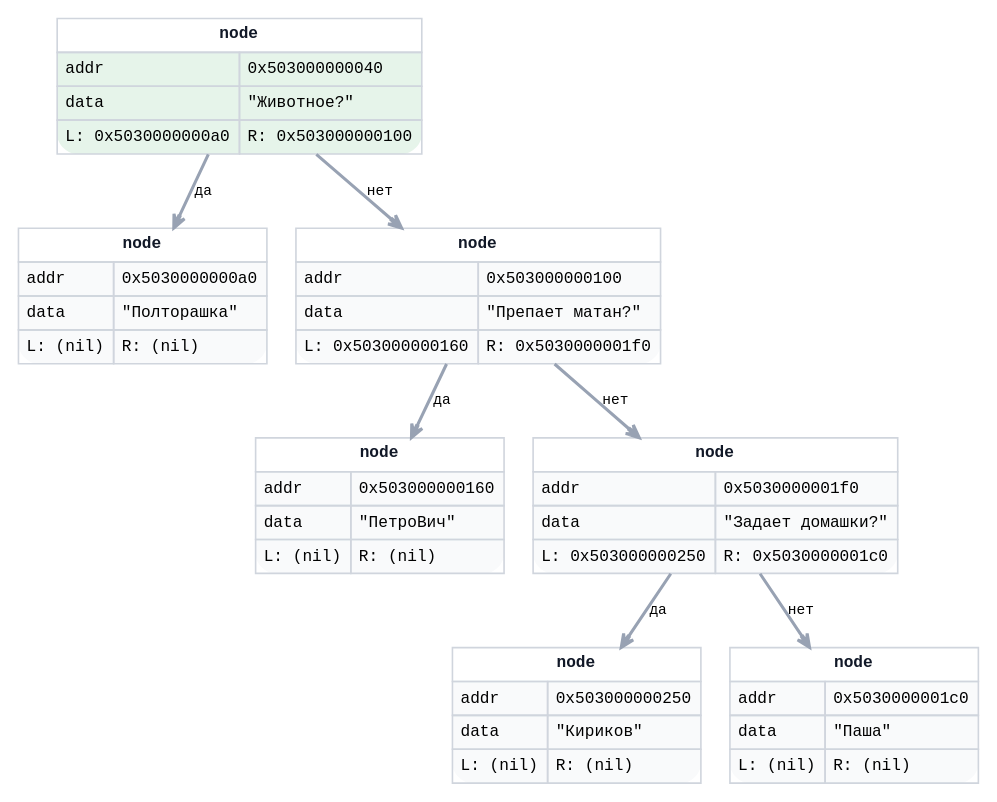
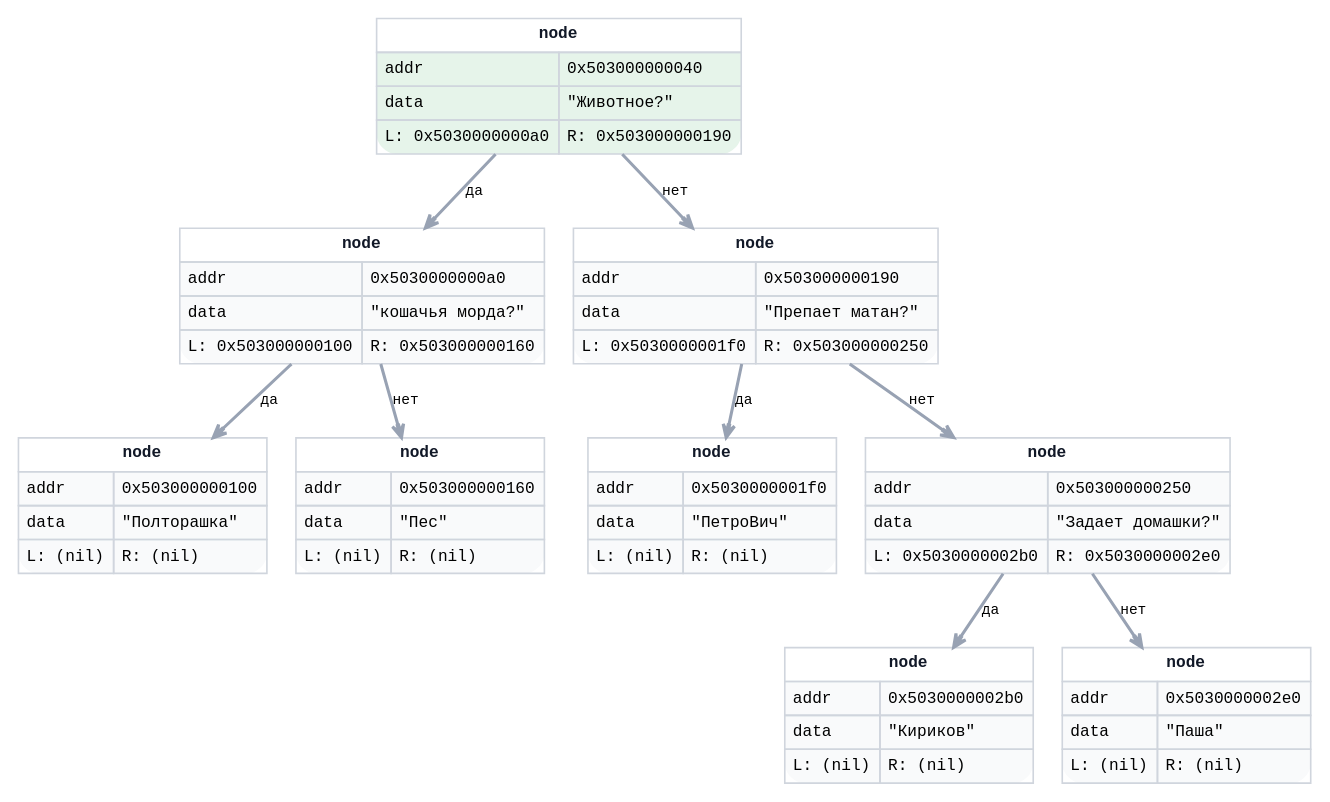
One commit to matlire/Akinator changed the diagram in temp/graph.dot. Above: the diagram before and after it, drawn with Graphviz. The commit also changed 10 other files, not shown here.

```diff
--- a/temp/graph.dot
+++ b/temp/graph.dot
@@ -1,23 +1,27 @@
 digraph G {
 rankdir=TB;
 bgcolor="white";
 labelloc=t;
 labeljust=l;
 fontname="monospace";
 fontsize=18;
 node  [shape=box, style="rounded,filled", color="#475467", fillcolor="#F9FAFB", fontname="monospace", fontsize=10];
 edge  [color="#98A2B3", penwidth=1.7, arrowsize=0.8, arrowhead=vee, fontname="monospace", fontsize=9];
-n0 [shape=plain, color="#16A34A", fillcolor="#E6F4EA", penwidth=2.0, label=<<TABLE BORDER="0" CELLBORDER="1" CELLSPACING="0" CELLPADDING="4" COLOR="#D0D5DD"><TR><TD COLSPAN="2" BGCOLOR="#FFFFFF"><B><FONT COLOR="#111827">node</FONT></B></TD></TR><TR><TD ALIGN="LEFT">addr</TD><TD ALIGN="LEFT">0x503000000040</TD></TR><TR><TD ALIGN="LEFT">data</TD><TD ALIGN="LEFT">"Животное?"</TD></TR><TR><TD PORT="L" ALIGN="LEFT">L: 0x5030000000a0</TD><TD PORT="R" ALIGN="LEFT">R: 0x503000000100</TD></TR></TABLE>>];
-n1 [shape=plain, color="#475467", fillcolor="#F9FAFB", penwidth=2.0, label=<<TABLE BORDER="0" CELLBORDER="1" CELLSPACING="0" CELLPADDING="4" COLOR="#D0D5DD"><TR><TD COLSPAN="2" BGCOLOR="#FFFFFF"><B><FONT COLOR="#111827">node</FONT></B></TD></TR><TR><TD ALIGN="LEFT">addr</TD><TD ALIGN="LEFT">0x5030000000a0</TD></TR><TR><TD ALIGN="LEFT">data</TD><TD ALIGN="LEFT">"Полторашка"</TD></TR><TR><TD PORT="L" ALIGN="LEFT">L: (nil)</TD><TD PORT="R" ALIGN="LEFT">R: (nil)</TD></TR></TABLE>>];
-n2 [shape=plain, color="#475467", fillcolor="#F9FAFB", penwidth=2.0, label=<<TABLE BORDER="0" CELLBORDER="1" CELLSPACING="0" CELLPADDING="4" COLOR="#D0D5DD"><TR><TD COLSPAN="2" BGCOLOR="#FFFFFF"><B><FONT COLOR="#111827">node</FONT></B></TD></TR><TR><TD ALIGN="LEFT">addr</TD><TD ALIGN="LEFT">0x503000000100</TD></TR><TR><TD ALIGN="LEFT">data</TD><TD ALIGN="LEFT">"Препает матан?"</TD></TR><TR><TD PORT="L" ALIGN="LEFT">L: 0x503000000160</TD><TD PORT="R" ALIGN="LEFT">R: 0x5030000001f0</TD></TR></TABLE>>];
-n3 [shape=plain, color="#475467", fillcolor="#F9FAFB", penwidth=2.0, label=<<TABLE BORDER="0" CELLBORDER="1" CELLSPACING="0" CELLPADDING="4" COLOR="#D0D5DD"><TR><TD COLSPAN="2" BGCOLOR="#FFFFFF"><B><FONT COLOR="#111827">node</FONT></B></TD></TR><TR><TD ALIGN="LEFT">addr</TD><TD ALIGN="LEFT">0x503000000160</TD></TR><TR><TD ALIGN="LEFT">data</TD><TD ALIGN="LEFT">"ПетроВич"</TD></TR><TR><TD PORT="L" ALIGN="LEFT">L: (nil)</TD><TD PORT="R" ALIGN="LEFT">R: (nil)</TD></TR></TABLE>>];
-n4 [shape=plain, color="#475467", fillcolor="#F9FAFB", penwidth=2.0, label=<<TABLE BORDER="0" CELLBORDER="1" CELLSPACING="0" CELLPADDING="4" COLOR="#D0D5DD"><TR><TD COLSPAN="2" BGCOLOR="#FFFFFF"><B><FONT COLOR="#111827">node</FONT></B></TD></TR><TR><TD ALIGN="LEFT">addr</TD><TD ALIGN="LEFT">0x5030000001f0</TD></TR><TR><TD ALIGN="LEFT">data</TD><TD ALIGN="LEFT">"Задает домашки?"</TD></TR><TR><TD PORT="L" ALIGN="LEFT">L: 0x503000000250</TD><TD PORT="R" ALIGN="LEFT">R: 0x5030000001c0</TD></TR></TABLE>>];
-n5 [shape=plain, color="#475467", fillcolor="#F9FAFB", penwidth=2.0, label=<<TABLE BORDER="0" CELLBORDER="1" CELLSPACING="0" CELLPADDING="4" COLOR="#D0D5DD"><TR><TD COLSPAN="2" BGCOLOR="#FFFFFF"><B><FONT COLOR="#111827">node</FONT></B></TD></TR><TR><TD ALIGN="LEFT">addr</TD><TD ALIGN="LEFT">0x503000000250</TD></TR><TR><TD ALIGN="LEFT">data</TD><TD ALIGN="LEFT">"Кириков"</TD></TR><TR><TD PORT="L" ALIGN="LEFT">L: (nil)</TD><TD PORT="R" ALIGN="LEFT">R: (nil)</TD></TR></TABLE>>];
-n6 [shape=plain, color="#475467", fillcolor="#F9FAFB", penwidth=2.0, label=<<TABLE BORDER="0" CELLBORDER="1" CELLSPACING="0" CELLPADDING="4" COLOR="#D0D5DD"><TR><TD COLSPAN="2" BGCOLOR="#FFFFFF"><B><FONT COLOR="#111827">node</FONT></B></TD></TR><TR><TD ALIGN="LEFT">addr</TD><TD ALIGN="LEFT">0x5030000001c0</TD></TR><TR><TD ALIGN="LEFT">data</TD><TD ALIGN="LEFT">"Паша"</TD></TR><TR><TD PORT="L" ALIGN="LEFT">L: (nil)</TD><TD PORT="R" ALIGN="LEFT">R: (nil)</TD></TR></TABLE>>];
+n0 [shape=plain, color="#16A34A", fillcolor="#E6F4EA", penwidth=2.0, label=<<TABLE BORDER="0" CELLBORDER="1" CELLSPACING="0" CELLPADDING="4" COLOR="#D0D5DD"><TR><TD COLSPAN="2" BGCOLOR="#FFFFFF"><B><FONT COLOR="#111827">node</FONT></B></TD></TR><TR><TD ALIGN="LEFT">addr</TD><TD ALIGN="LEFT">0x503000000040</TD></TR><TR><TD ALIGN="LEFT">data</TD><TD ALIGN="LEFT">"Животное?"</TD></TR><TR><TD PORT="L" ALIGN="LEFT">L: 0x5030000000a0</TD><TD PORT="R" ALIGN="LEFT">R: 0x503000000190</TD></TR></TABLE>>];
+n1 [shape=plain, color="#475467", fillcolor="#F9FAFB", penwidth=2.0, label=<<TABLE BORDER="0" CELLBORDER="1" CELLSPACING="0" CELLPADDING="4" COLOR="#D0D5DD"><TR><TD COLSPAN="2" BGCOLOR="#FFFFFF"><B><FONT COLOR="#111827">node</FONT></B></TD></TR><TR><TD ALIGN="LEFT">addr</TD><TD ALIGN="LEFT">0x5030000000a0</TD></TR><TR><TD ALIGN="LEFT">data</TD><TD ALIGN="LEFT">"кошачья морда?"</TD></TR><TR><TD PORT="L" ALIGN="LEFT">L: 0x503000000100</TD><TD PORT="R" ALIGN="LEFT">R: 0x503000000160</TD></TR></TABLE>>];
+n2 [shape=plain, color="#475467", fillcolor="#F9FAFB", penwidth=2.0, label=<<TABLE BORDER="0" CELLBORDER="1" CELLSPACING="0" CELLPADDING="4" COLOR="#D0D5DD"><TR><TD COLSPAN="2" BGCOLOR="#FFFFFF"><B><FONT COLOR="#111827">node</FONT></B></TD></TR><TR><TD ALIGN="LEFT">addr</TD><TD ALIGN="LEFT">0x503000000190</TD></TR><TR><TD ALIGN="LEFT">data</TD><TD ALIGN="LEFT">"Препает матан?"</TD></TR><TR><TD PORT="L" ALIGN="LEFT">L: 0x5030000001f0</TD><TD PORT="R" ALIGN="LEFT">R: 0x503000000250</TD></TR></TABLE>>];
+n3 [shape=plain, color="#475467", fillcolor="#F9FAFB", penwidth=2.0, label=<<TABLE BORDER="0" CELLBORDER="1" CELLSPACING="0" CELLPADDING="4" COLOR="#D0D5DD"><TR><TD COLSPAN="2" BGCOLOR="#FFFFFF"><B><FONT COLOR="#111827">node</FONT></B></TD></TR><TR><TD ALIGN="LEFT">addr</TD><TD ALIGN="LEFT">0x503000000100</TD></TR><TR><TD ALIGN="LEFT">data</TD><TD ALIGN="LEFT">"Полторашка"</TD></TR><TR><TD PORT="L" ALIGN="LEFT">L: (nil)</TD><TD PORT="R" ALIGN="LEFT">R: (nil)</TD></TR></TABLE>>];
+n4 [shape=plain, color="#475467", fillcolor="#F9FAFB", penwidth=2.0, label=<<TABLE BORDER="0" CELLBORDER="1" CELLSPACING="0" CELLPADDING="4" COLOR="#D0D5DD"><TR><TD COLSPAN="2" BGCOLOR="#FFFFFF"><B><FONT COLOR="#111827">node</FONT></B></TD></TR><TR><TD ALIGN="LEFT">addr</TD><TD ALIGN="LEFT">0x503000000160</TD></TR><TR><TD ALIGN="LEFT">data</TD><TD ALIGN="LEFT">"Пес"</TD></TR><TR><TD PORT="L" ALIGN="LEFT">L: (nil)</TD><TD PORT="R" ALIGN="LEFT">R: (nil)</TD></TR></TABLE>>];
+n5 [shape=plain, color="#475467", fillcolor="#F9FAFB", penwidth=2.0, label=<<TABLE BORDER="0" CELLBORDER="1" CELLSPACING="0" CELLPADDING="4" COLOR="#D0D5DD"><TR><TD COLSPAN="2" BGCOLOR="#FFFFFF"><B><FONT COLOR="#111827">node</FONT></B></TD></TR><TR><TD ALIGN="LEFT">addr</TD><TD ALIGN="LEFT">0x5030000001f0</TD></TR><TR><TD ALIGN="LEFT">data</TD><TD ALIGN="LEFT">"ПетроВич"</TD></TR><TR><TD PORT="L" ALIGN="LEFT">L: (nil)</TD><TD PORT="R" ALIGN="LEFT">R: (nil)</TD></TR></TABLE>>];
+n6 [shape=plain, color="#475467", fillcolor="#F9FAFB", penwidth=2.0, label=<<TABLE BORDER="0" CELLBORDER="1" CELLSPACING="0" CELLPADDING="4" COLOR="#D0D5DD"><TR><TD COLSPAN="2" BGCOLOR="#FFFFFF"><B><FONT COLOR="#111827">node</FONT></B></TD></TR><TR><TD ALIGN="LEFT">addr</TD><TD ALIGN="LEFT">0x503000000250</TD></TR><TR><TD ALIGN="LEFT">data</TD><TD ALIGN="LEFT">"Задает домашки?"</TD></TR><TR><TD PORT="L" ALIGN="LEFT">L: 0x5030000002b0</TD><TD PORT="R" ALIGN="LEFT">R: 0x5030000002e0</TD></TR></TABLE>>];
+n7 [shape=plain, color="#475467", fillcolor="#F9FAFB", penwidth=2.0, label=<<TABLE BORDER="0" CELLBORDER="1" CELLSPACING="0" CELLPADDING="4" COLOR="#D0D5DD"><TR><TD COLSPAN="2" BGCOLOR="#FFFFFF"><B><FONT COLOR="#111827">node</FONT></B></TD></TR><TR><TD ALIGN="LEFT">addr</TD><TD ALIGN="LEFT">0x5030000002b0</TD></TR><TR><TD ALIGN="LEFT">data</TD><TD ALIGN="LEFT">"Кириков"</TD></TR><TR><TD PORT="L" ALIGN="LEFT">L: (nil)</TD><TD PORT="R" ALIGN="LEFT">R: (nil)</TD></TR></TABLE>>];
+n8 [shape=plain, color="#475467", fillcolor="#F9FAFB", penwidth=2.0, label=<<TABLE BORDER="0" CELLBORDER="1" CELLSPACING="0" CELLPADDING="4" COLOR="#D0D5DD"><TR><TD COLSPAN="2" BGCOLOR="#FFFFFF"><B><FONT COLOR="#111827">node</FONT></B></TD></TR><TR><TD ALIGN="LEFT">addr</TD><TD ALIGN="LEFT">0x5030000002e0</TD></TR><TR><TD ALIGN="LEFT">data</TD><TD ALIGN="LEFT">"Паша"</TD></TR><TR><TD PORT="L" ALIGN="LEFT">L: (nil)</TD><TD PORT="R" ALIGN="LEFT">R: (nil)</TD></TR></TABLE>>];
 n0 -> n1 [color="#98A2B3", penwidth=1.9, label="да"];
 n0 -> n2 [color="#98A2B3", penwidth=1.9, label="нет"];
-n2 -> n3 [color="#98A2B3", penwidth=1.9, label="да"];
-n2 -> n4 [color="#98A2B3", penwidth=1.9, label="нет"];
-n4 -> n5 [color="#98A2B3", penwidth=1.9, label="да"];
-n4 -> n6 [color="#98A2B3", penwidth=1.9, label="нет"];
+n1 -> n3 [color="#98A2B3", penwidth=1.9, label="да"];
+n1 -> n4 [color="#98A2B3", penwidth=1.9, label="нет"];
+n2 -> n5 [color="#98A2B3", penwidth=1.9, label="да"];
+n2 -> n6 [color="#98A2B3", penwidth=1.9, label="нет"];
+n6 -> n7 [color="#98A2B3", penwidth=1.9, label="да"];
+n6 -> n8 [color="#98A2B3", penwidth=1.9, label="нет"];
 }
```
